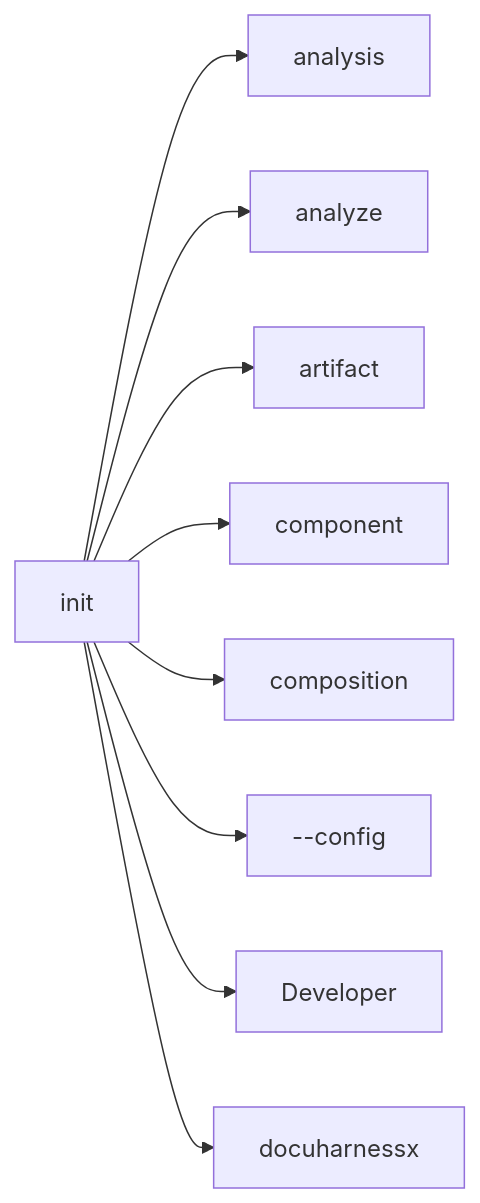
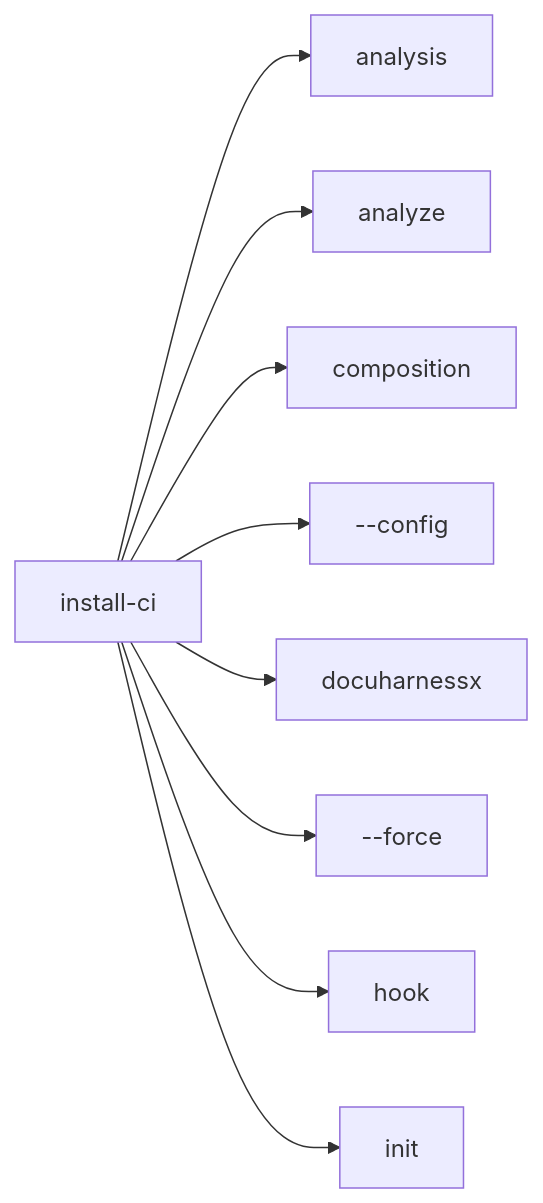
One commit to norandom/DocuHarnessX changed diagram 15 of 30 in docs/glossary.md. Above: the diagram before and after it, drawn with Mermaid. The commit also changed other lines of this file and 7 other files, not shown here.

````diff
--- a/docs/glossary.md
+++ b/docs/glossary.md
@@ -669,20 +544,20 @@
 ```mermaid
 flowchart LR
-  here["init"]
+  here["install-ci"]
   r0["analysis"]
   here --> r0
   r1["analyze"]
   here --> r1
-  r2["artifact"]
+  r2["composition"]
   here --> r2
-  r3["component"]
+  r3["--config"]
   here --> r3
-  r4["composition"]
+  r4["docuharnessx"]
   here --> r4
-  r5["--config"]
+  r5["--force"]
   here --> r5
-  r6["Developer"]
+  r6["hook"]
   here --> r6
-  r7["docuharnessx"]
+  r7["init"]
   here --> r7
 ```
````
